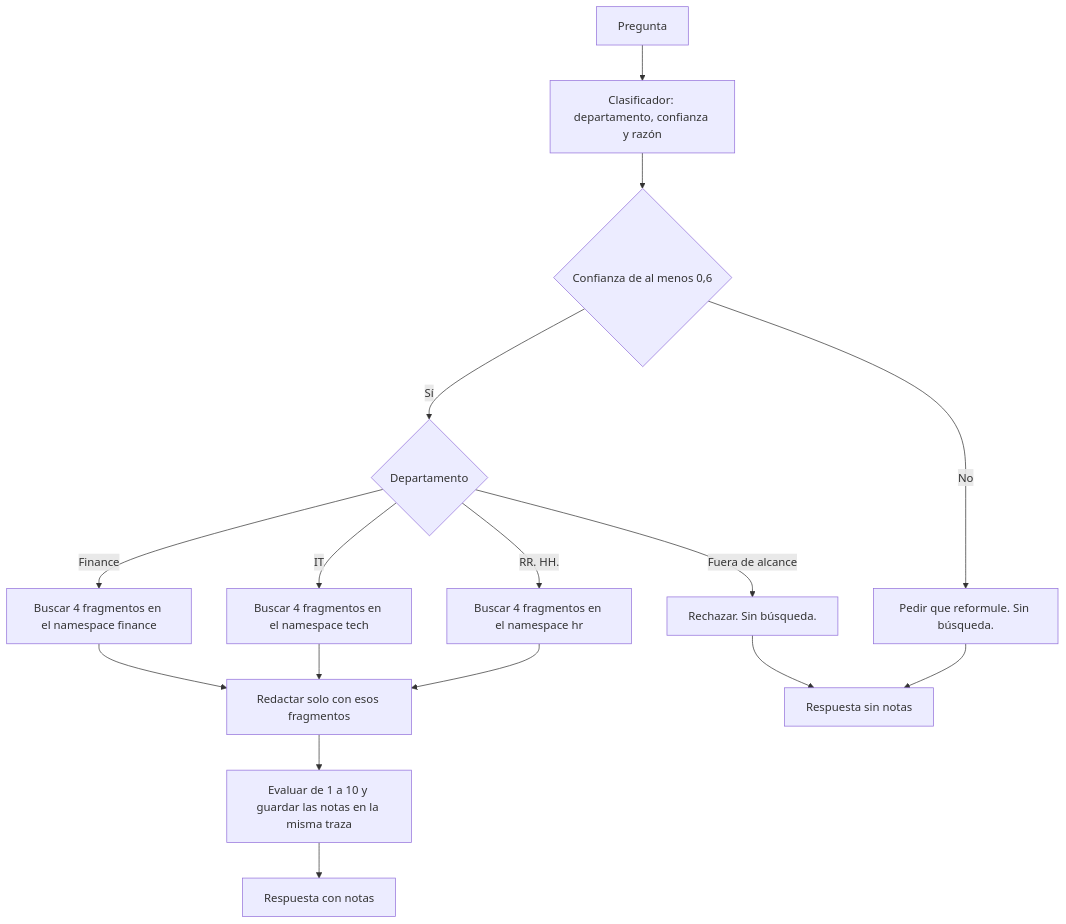
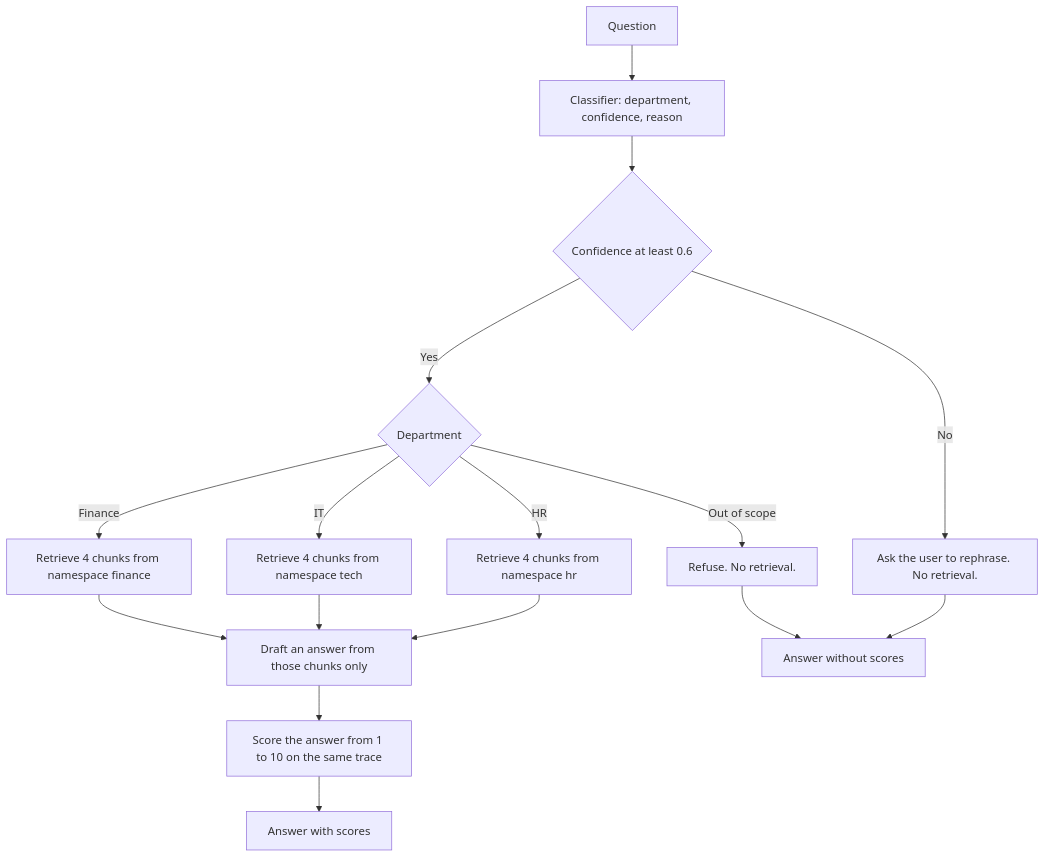
One commit to jeroxz12/Multi-Agent-Assistant changed the diagram in README.md. Above: the diagram before and after it, drawn with Mermaid. The commit also changed other lines of this file and 4 other files, not shown here.

````diff
--- a/README.md
+++ b/README.md
@@ -9,18 +43,18 @@
 ```mermaid
 flowchart TD
-    pregunta["Pregunta"] --> clasificador["Clasificador: departamento, confianza y razón"]
-    clasificador --> umbral{"Confianza de al menos 0,6"}
-    umbral -->|No| reformular["Pedir que reformule. Sin búsqueda."]
-    umbral -->|Sí| equipo{"Departamento"}
-    equipo -->|RR. HH.| hr["Buscar 4 fragmentos en el namespace hr"]
-    equipo -->|IT| tech["Buscar 4 fragmentos en el namespace tech"]
-    equipo -->|Finance| fin["Buscar 4 fragmentos en el namespace finance"]
-    equipo -->|Fuera de alcance| rechazo["Rechazar. Sin búsqueda."]
-    hr --> respuesta["Redactar solo con esos fragmentos"]
-    tech --> respuesta
-    fin --> respuesta
-    respuesta --> nota["Evaluar de 1 a 10 y guardar las notas en la misma traza"]
-    nota --> conNota["Respuesta con notas"]
-    reformular --> sinNota["Respuesta sin notas"]
-    rechazo --> sinNota
+    question["Question"] --> classifier["Classifier: department, confidence, reason"]
+    classifier --> threshold{"Confidence at least 0.6"}
+    threshold -->|No| rephrase["Ask the user to rephrase. No retrieval."]
+    threshold -->|Yes| department{"Department"}
+    department -->|HR| hr["Retrieve 4 chunks from namespace hr"]
+    department -->|IT| tech["Retrieve 4 chunks from namespace tech"]
+    department -->|Finance| finance["Retrieve 4 chunks from namespace finance"]
+    department -->|Out of scope| reject["Refuse. No retrieval."]
+    hr --> draft["Draft an answer from those chunks only"]
+    tech --> draft
+    finance --> draft
+    draft --> grade["Score the answer from 1 to 10 on the same trace"]
+    grade --> withScores["Answer with scores"]
+    rephrase --> withoutScores["Answer without scores"]
+    reject --> withoutScores
 ```
````
